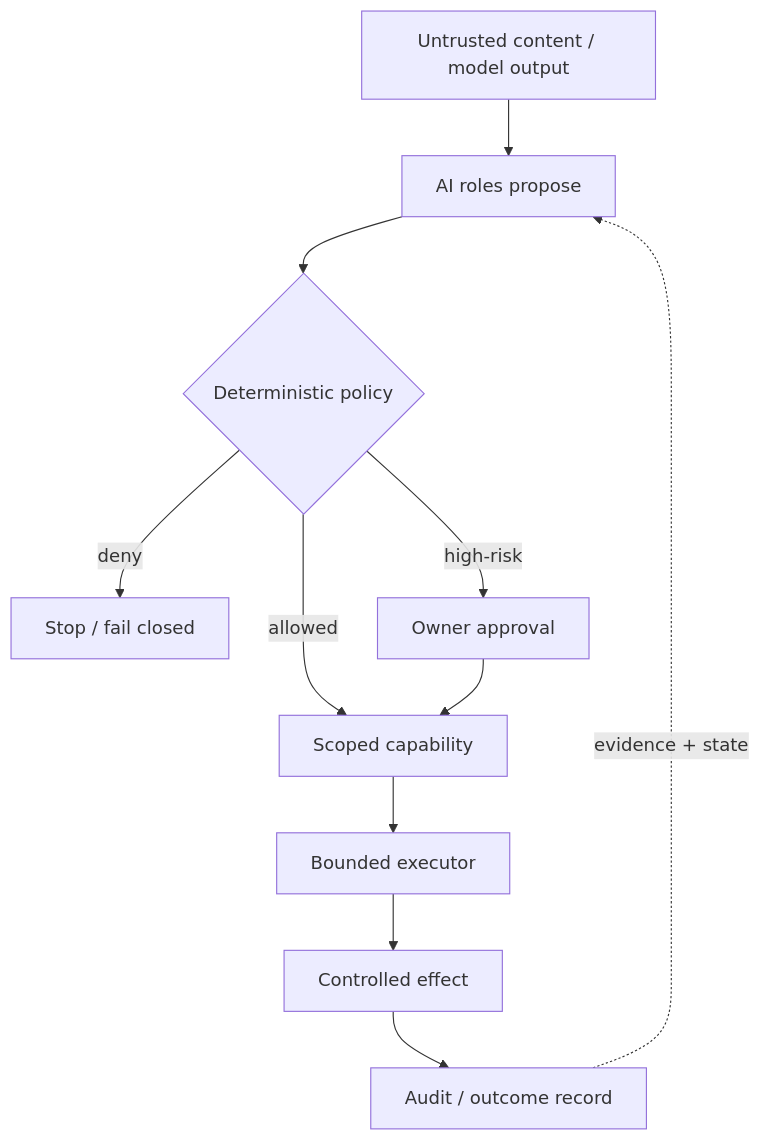
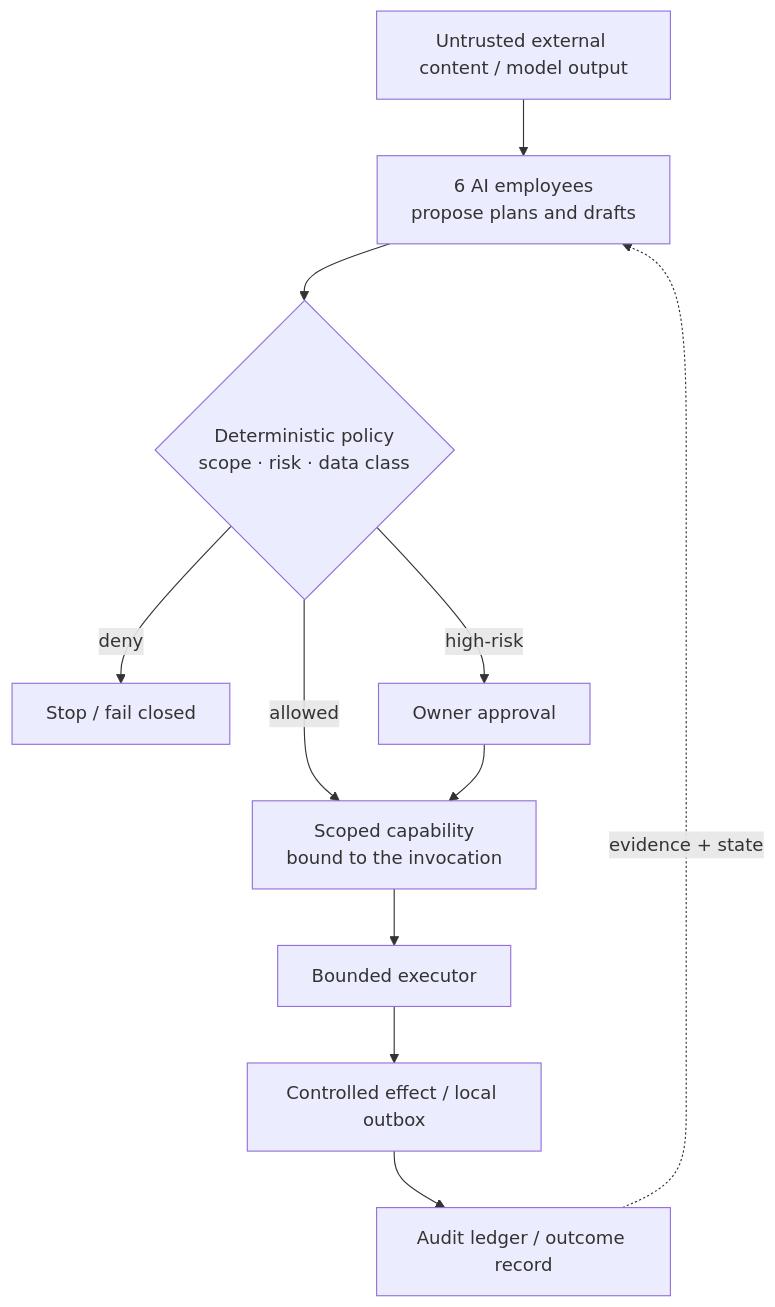
One commit to IcantFind-a-username/IcantFind-a-username changed the diagram in README.md. Above: the diagram before and after it, drawn with Mermaid. The commit also changed other lines of this file, not shown here.

````diff
--- a/README.md
+++ b/README.md
@@ -58,13 +76,13 @@
 ```mermaid
 flowchart TD
-    U["Untrusted content / model output"] --> M["AI roles propose"]
-    M --> P{"Deterministic policy"}
+    U["Untrusted external content / model output"] --> M["6 AI employees\npropose plans and drafts"]
+    M --> P{"Deterministic policy\nscope · risk · data class"}
     P -->|deny| X["Stop / fail closed"]
     P -->|high-risk| H["Owner approval"]
-    P -->|allowed| C["Scoped capability"]
+    P -->|allowed| C["Scoped capability\nbound to the invocation"]
     H --> C
     C --> S["Bounded executor"]
-    S --> E["Controlled effect"]
-    E --> L["Audit / outcome record"]
+    S --> E["Controlled effect / local outbox"]
+    E --> L["Audit ledger / outcome record"]
     L -. "evidence + state" .-> M
 ```
````
